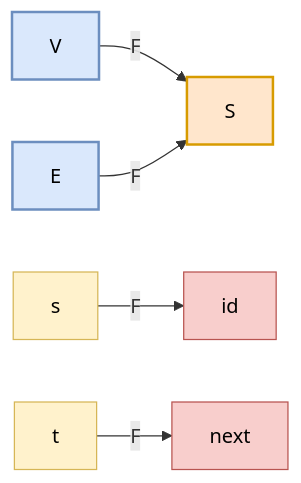
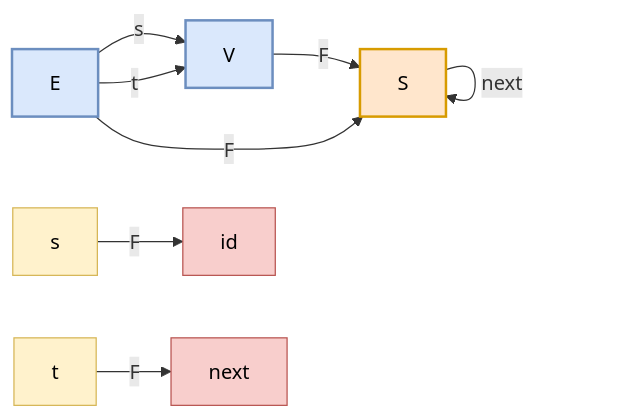
One commit to co-dh/Tc changed the diagram in fong/migration.md. Above: the diagram before and after it, drawn with Mermaid. The commit also changed other lines of this file and 2 other files, not shown here.

First line of the commit message:
fong: switch mermaid styling from classDef/class to inline style

````diff
--- a/fong/migration.md
+++ b/fong/migration.md
@@ -69,15 +52,23 @@
 ```mermaid
-%% id: F
 flowchart LR
+  %% id: Gr
+  E -- s --> V
+  E -- t --> V
+
+  %% id: DDS
+  S -- next --> S
+
+  %% id: F
   V -- F --> S
   E -- F --> S
   s -- F --> id
   t -- F --> next
+
   style V fill:#dae8fc,stroke:#6c8ebf,stroke-width:2px,color:#000
   style E fill:#dae8fc,stroke:#6c8ebf,stroke-width:2px,color:#000
+  style S fill:#ffe6cc,stroke:#d79b00,stroke-width:2px,color:#000
   style s fill:#fff2cc,stroke:#d6b656,color:#000
   style t fill:#fff2cc,stroke:#d6b656,color:#000
-  style S fill:#ffe6cc,stroke:#d79b00,stroke-width:2px,color:#000
   style id fill:#f8cecc,stroke:#b85450,color:#000
   style next fill:#f8cecc,stroke:#b85450,color:#000
 ```
````
